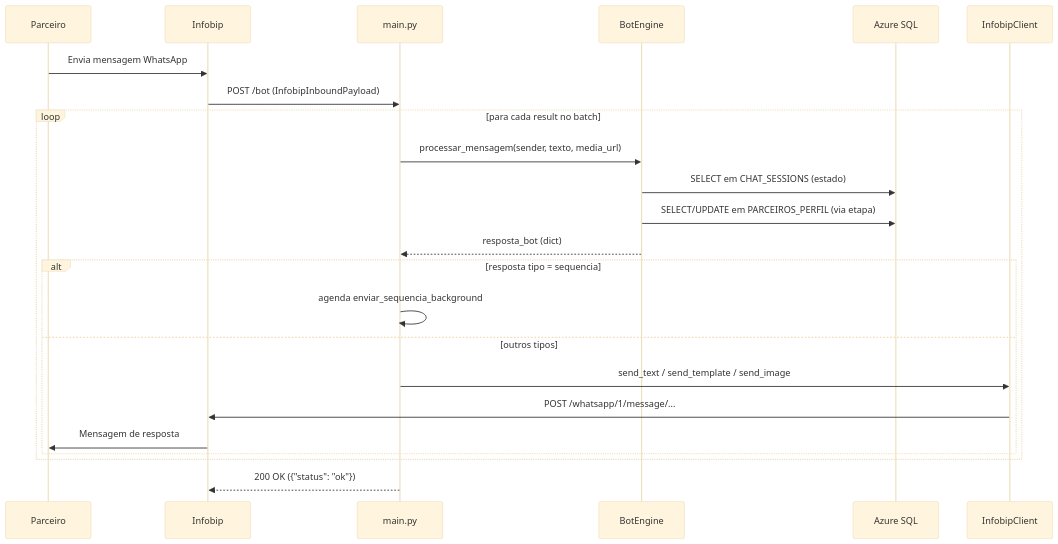
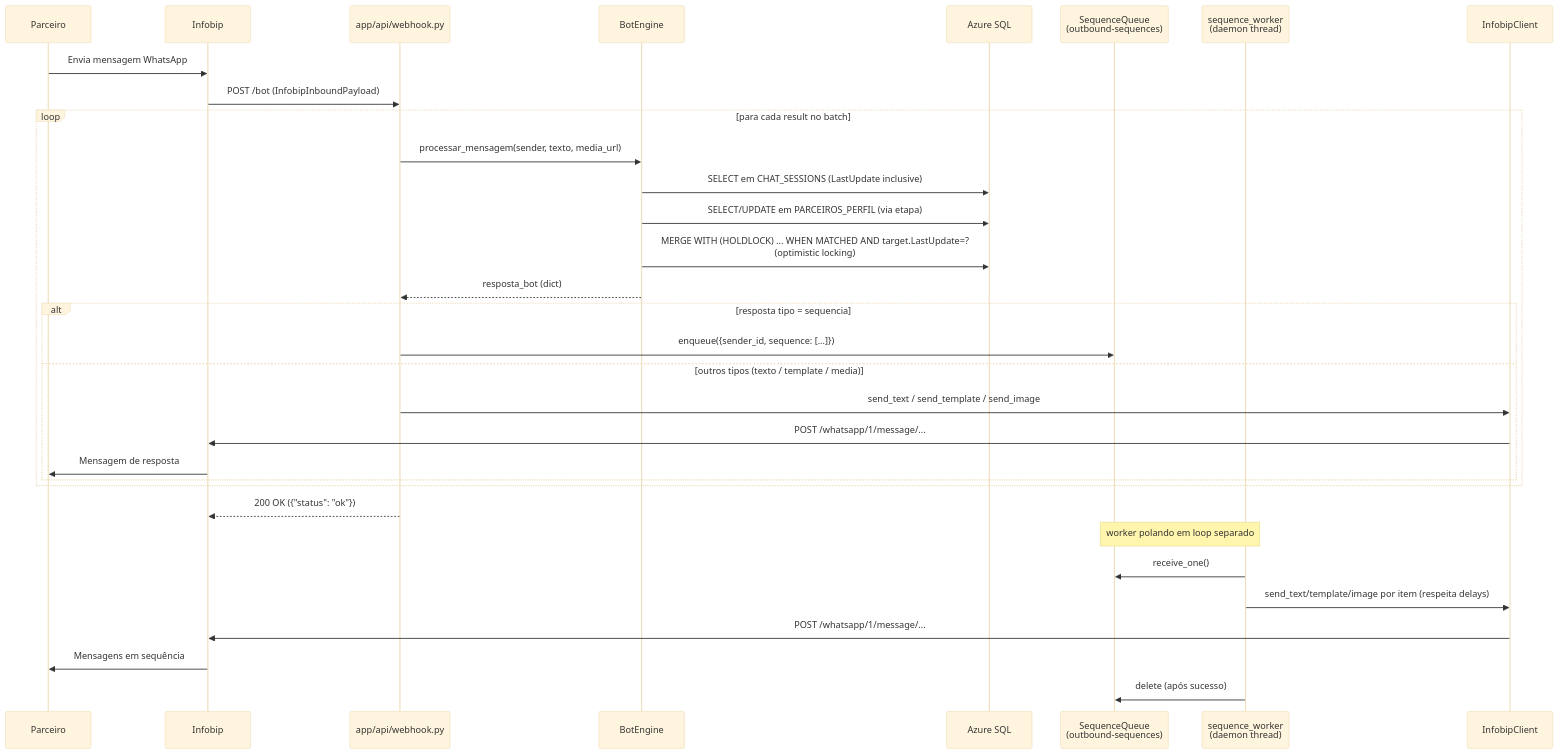
The second of 4 diagrams in docs/ARCHITECTURE.md (LucioFlavioRosa/mvp0), drawn with Mermaid (base theme) before and after one commit. The commit also changed other lines of this file and 9 other files, not shown here.

````diff
--- a/docs/ARCHITECTURE.md
+++ b/docs/ARCHITECTURE.md
@@ -57,26 +59,35 @@
 ```mermaid
 sequenceDiagram
     participant User as Parceiro
     participant Infobip
-    participant Main as main.py
+    participant Webhook as app/api/webhook.py
     participant Bot as BotEngine
     participant DB as Azure SQL
+    participant Queue as SequenceQueue<br>(outbound-sequences)
+    participant Worker as sequence_worker<br>(daemon thread)
     participant Client as InfobipClient
 
     User->>Infobip: Envia mensagem WhatsApp
-    Infobip->>Main: POST /bot (InfobipInboundPayload)
+    Infobip->>Webhook: POST /bot (InfobipInboundPayload)
     loop para cada result no batch
-        Main->>Bot: processar_mensagem(sender, texto, media_url)
-        Bot->>DB: SELECT em CHAT_SESSIONS (estado)
+        Webhook->>Bot: processar_mensagem(sender, texto, media_url)
+        Bot->>DB: SELECT em CHAT_SESSIONS (LastUpdate inclusive)
         Bot->>DB: SELECT/UPDATE em PARCEIROS_PERFIL (via etapa)
-        Bot-->>Main: resposta_bot (dict)
+        Bot->>DB: MERGE WITH (HOLDLOCK) ... WHEN MATCHED AND target.LastUpdate=? <br>(optimistic locking)
+        Bot-->>Webhook: resposta_bot (dict)
         alt resposta tipo = sequencia
-            Main->>Main: agenda enviar_sequencia_background
-        else outros tipos
-            Main->>Client: send_text / send_template / send_image
+            Webhook->>Queue: enqueue({sender_id, sequence: [...]})
+        else outros tipos (texto / template / media)
+            Webhook->>Client: send_text / send_template / send_image
             Client->>Infobip: POST /whatsapp/1/message/...
             Infobip->>User: Mensagem de resposta
         end
     end
-    Main-->>Infobip: 200 OK ({"status": "ok"})
+    Webhook-->>Infobip: 200 OK ({"status": "ok"})
+    Note over Worker,Queue: worker polando em loop separado
+    Worker->>Queue: receive_one()
+    Worker->>Client: send_text/template/image por item (respeita delays)
+    Client->>Infobip: POST /whatsapp/1/message/...
+    Infobip->>User: Mensagens em sequência
+    Worker->>Queue: delete (após sucesso)
 ```
````
